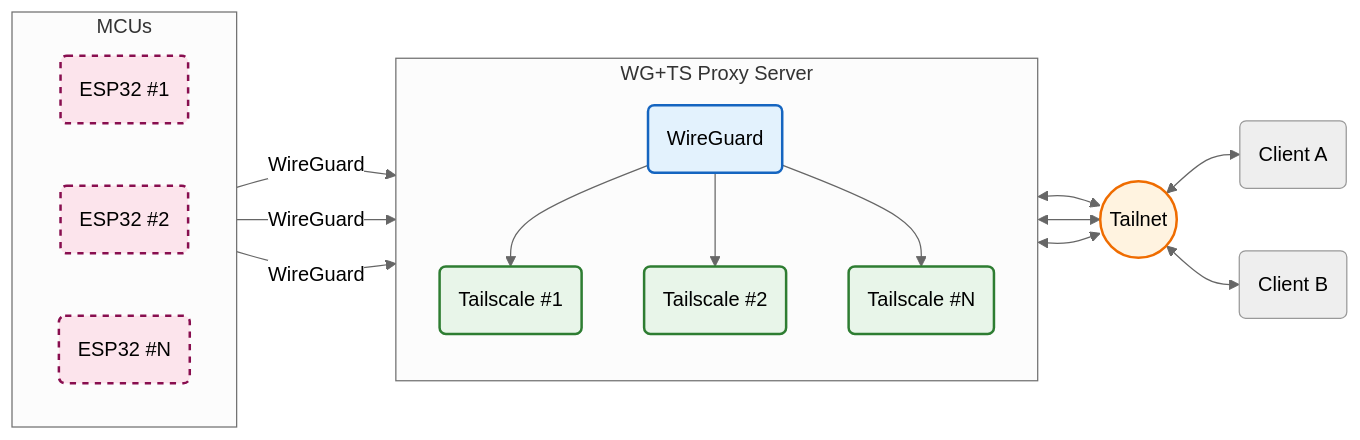
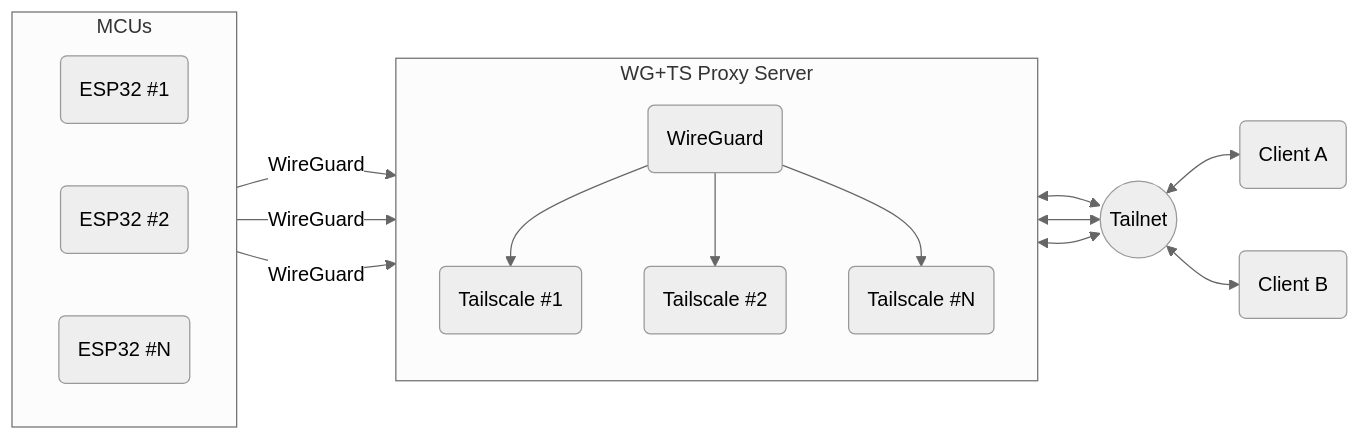
Before and after one commit to pierrejay/esp32-tailbridge: the diagram in README.md, drawn with Mermaid (neutral theme).

Commit message:
Update diagram

````diff
--- a/README.md
+++ b/README.md
@@ -22,58 +22,45 @@
 ```mermaid
 graph LR
     %% Regroupement des dispositifs ESP32
     subgraph ESP32 [MCUs]
       direction LR
       ESP1(ESP32 #1)
       ESP2(ESP32 #2)
       ESPX(ESP32 #N)
     end
 
     %% Serveur Proxy hébergeant les instances Tailscale
     subgraph PROXY [WG+TS Proxy Server]
       direction TB
       WG(WireGuard)
       TS1(Tailscale #1)
       TS2(Tailscale #2)
       TSX(Tailscale #N)
     end
 
     %% Noeud central Tailnet
     TAILNET((Tailnet))
 
     %% Regroupement des clients Tailscale
       CLIENTA(Client A)
       CLIENTB(Client B)
 
     %% Connexions ESP32 vers WireGuard
     ESP1 -->|WireGuard| WG
     ESP2 -->|WireGuard| WG
     ESPX -->|WireGuard| WG
 
     %% Connexions du serveur WireGuard vers les instances Tailscale
     WG --> TS1
     WG --> TS2
     WG --> TSX
 
     %% Connexions des instances Tailscale vers Tailnet
     TS1 <--> TAILNET
     TS2 <--> TAILNET
     TSX <--> TAILNET
 
     %% Connexions des clients vers Tailnet
     TAILNET <--> CLIENTA 
     TAILNET <--> CLIENTB
-
-    %% Définition des styles pour améliorer l'esthétique
-    classDef espStyle fill:#fce4ec,stroke:#880e4f,stroke-width:2px,stroke-dasharray:5,5;
-    classDef wgStyle fill:#e3f2fd,stroke:#1565c0,stroke-width:2px;
-    classDef proxyStyle fill:#e8f5e9,stroke:#2e7d32,stroke-width:2px;
-    classDef tailnetStyle fill:#fff3e0,stroke:#ef6c00,stroke-width:2px;
-    classDef clientStyle fill:#f3e5f5,stroke:#6a1b9a,stroke-width:2px;
-
-    class ESP1,ESP2,ESPX espStyle;
-    class WG wgStyle;
-    class TS1,TS2,TSX proxyStyle;
-    class TAILNET tailnetStyle;
-    class CLIENT1,CLIENT2,CLIENTY clientStyle;
 ```
````
